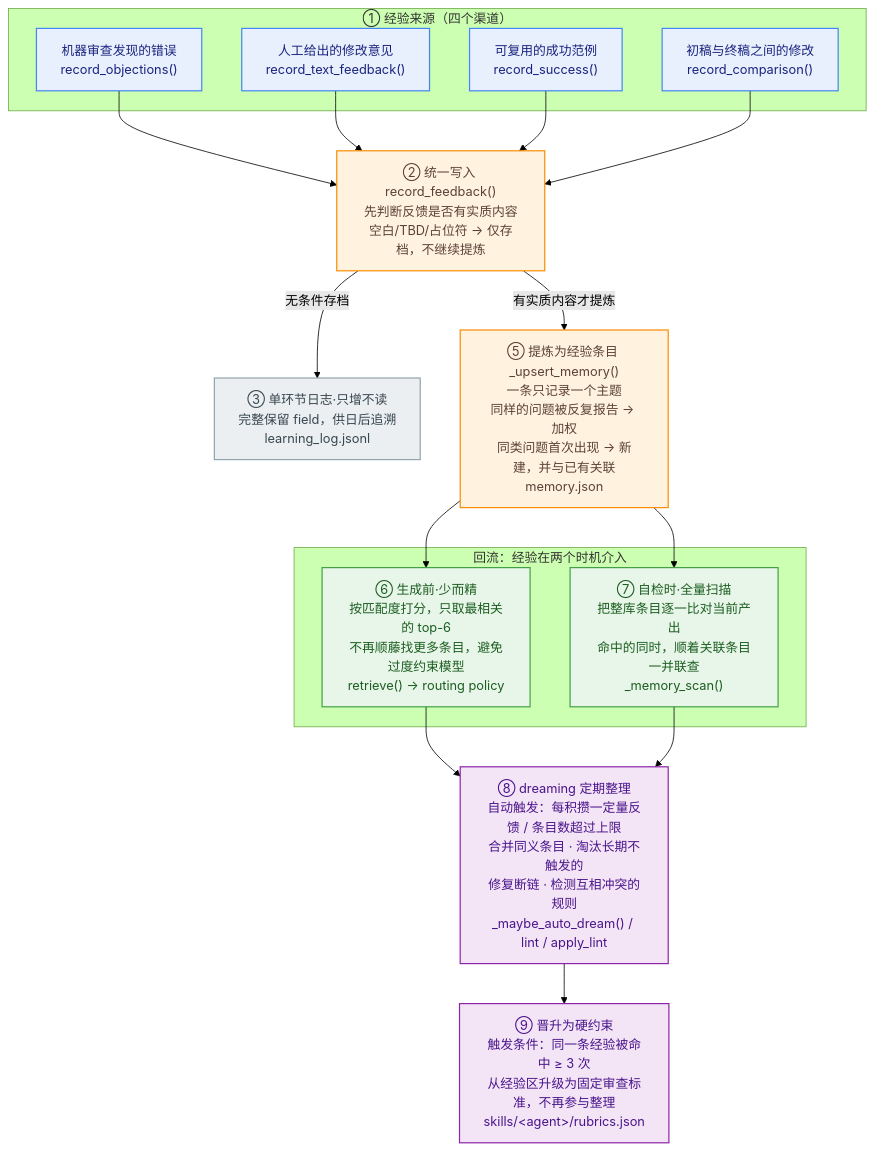
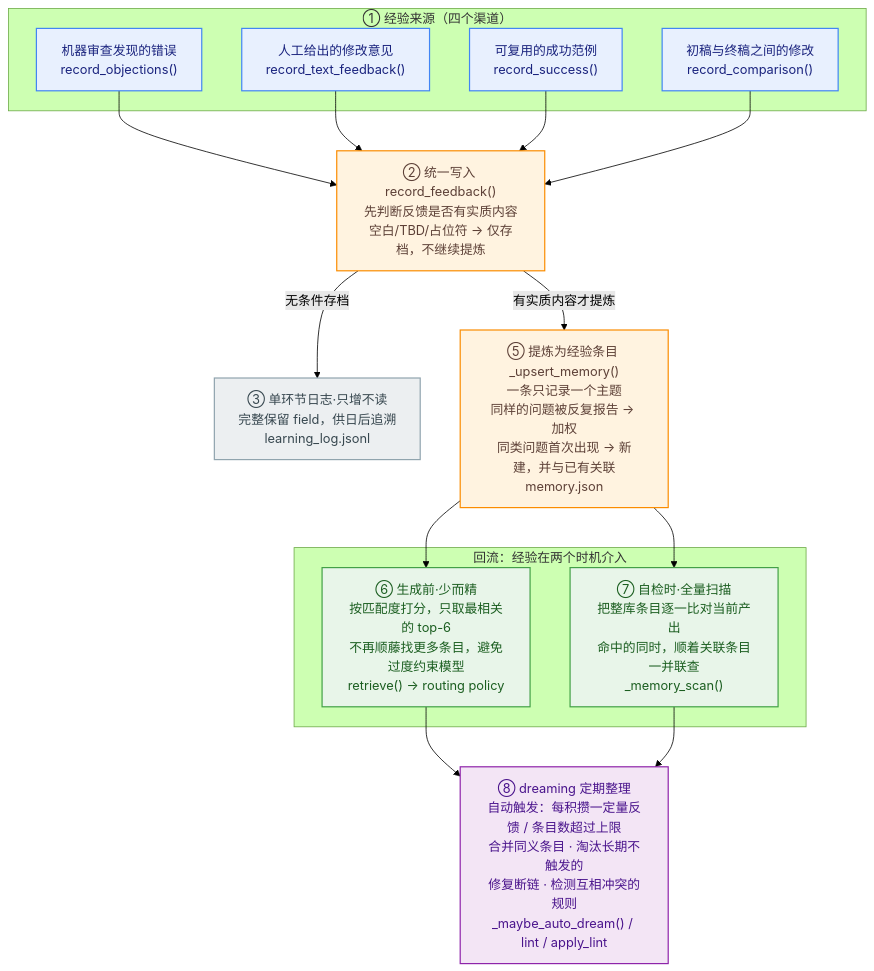
Before and after one commit to jonathonsjzhang/presentation-agent: the diagram in README.md, drawn with Mermaid (forest theme). The commit also changed other lines of this file and 98 other files, not shown here.

````diff
--- a/README.md
+++ b/README.md
@@ -269,48 +251,46 @@
 ```mermaid
 flowchart TD
     subgraph IN["① 经验来源（四个渠道）"]
         S1["机器审查发现的错误<br/>record_objections()"]
         S2["人工给出的修改意见<br/>record_text_feedback()"]
         S3["可复用的成功范例<br/>record_success()"]
         S4["初稿与终稿之间的修改<br/>record_comparison()"]
     end
 
     S1 --> ENTRY
     S2 --> ENTRY
     S3 --> ENTRY
     S4 --> ENTRY
 
     ENTRY["② 统一写入 record_feedback()<br/>先判断反馈是否有实质内容<br/>空白/TBD/占位符 → 仅存档，不继续提炼"]
 
     ENTRY -->|无条件存档| LOG["③ 单环节日志·只增不读<br/>完整保留 field，供日后追溯<br/>learning_log.jsonl"]
     ENTRY -->|有实质内容才提炼| MEM
 
     MEM["⑤ 提炼为经验条目 _upsert_memory()<br/>一条只记录一个主题<br/>同样的问题被反复报告 → 加权<br/>同类问题首次出现 → 新建，并与已有关联<br/>memory.json"]
 
     MEM --> GEN
     MEM --> SCAN
 
     subgraph LOOP["回流：经验在两个时机介入"]
         GEN["⑥ 生成前·少而精<br/>按匹配度打分，只取最相关的 top-6<br/>不再顺藤找更多条目，避免过度约束模型<br/>retrieve() → routing policy"]
         SCAN["⑦ 自检时·全量扫描<br/>把整库条目逐一比对当前产出<br/>命中的同时，顺着关联条目一并联查<br/>_memory_scan()"]
     end
 
     GEN --> DREAM
     SCAN --> DREAM
 
     DREAM["⑧ dreaming 定期整理<br/>自动触发：每积攒一定量反馈 / 条目数超过上限<br/>合并同义条目 · 淘汰长期不触发的<br/>修复断链 · 检测互相冲突的规则<br/>_maybe_auto_dream() / lint / apply_lint"]
 
-    DREAM --> PROMO["⑨ 晋升为硬约束<br/>触发条件：同一条经验被命中 ≥ 3 次<br/>从经验区升级为固定审查标准，不再参与整理<br/>skills/&lt;agent&gt;/rubrics.json"]
-
     classDef src fill:#E8F0FE,stroke:#4285F4,stroke-width:1.5px,color:#1A237E;
     classDef core fill:#FFF3E0,stroke:#FB8C00,stroke-width:1.5px,color:#5D4037;
     classDef cold fill:#ECEFF1,stroke:#90A4AE,stroke-width:1.5px,color:#37474F;
     classDef gen fill:#E8F5E9,stroke:#43A047,stroke-width:1.5px,color:#1B5E20;
     classDef maint fill:#F3E5F5,stroke:#8E24AA,stroke-width:1.5px,color:#4A148C;
 
     class S1,S2,S3,S4 src;
     class ENTRY,MEM core;
     class LOG cold;
     class GEN,SCAN gen;
-    class DREAM,PROMO maint;
+    class DREAM maint;
 ```
````
